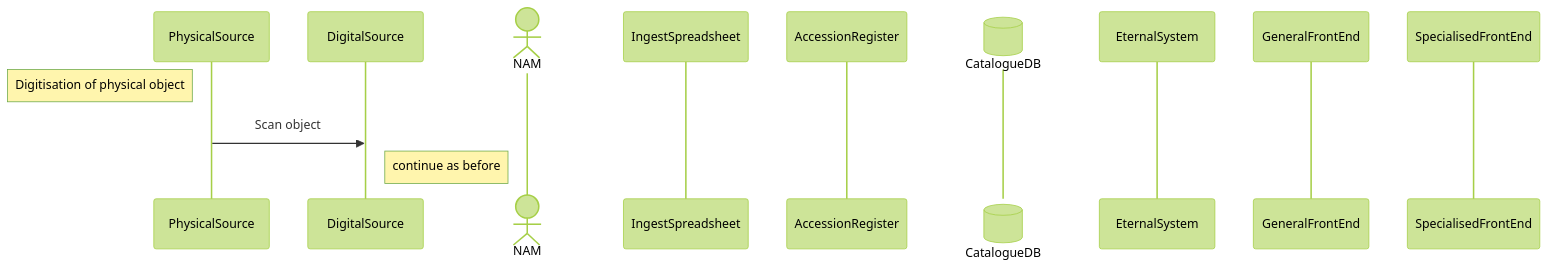
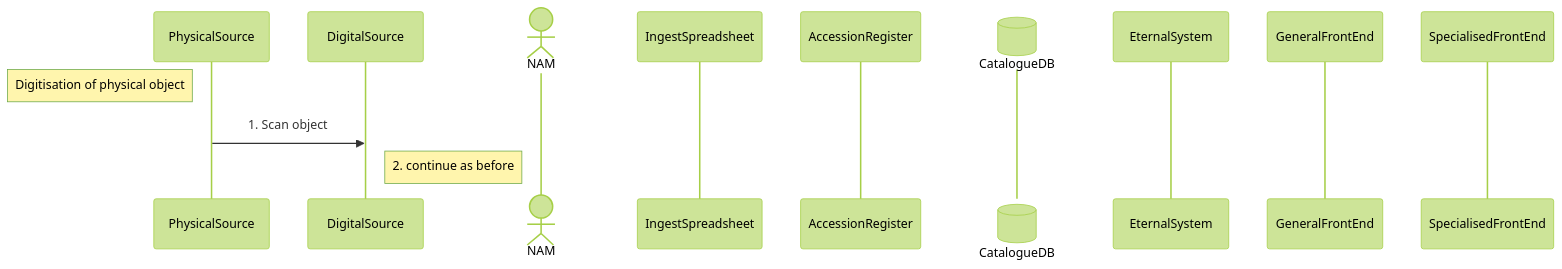
The second of 6 diagrams in README.md (dgiaretta/NAM), drawn with Mermaid (forest theme) before and after one commit. The commit also changed other lines of this file, not shown here.

First line of the commit message:
Update README with details on physical object handling

````diff
--- a/README.md
+++ b/README.md
@@ -48,15 +48,15 @@
 ```mermaid
 sequenceDiagram
 participant PhysicalSource
 participant DigitalSource
 actor NAM
 participant IngestSpreadsheet
 participant AccessionRegister
 participant CatalogueDB@{ "type": "database" }
 participant EternalSystem
 participant GeneralFrontEnd
 participant SpecialisedFrontEnd
 Note left of PhysicalSource: Digitisation of physical object
-PhysicalSource->>DigitalSource: Scan object
-Note right of DigitalSource: continue as before
+PhysicalSource->>DigitalSource: 1. Scan object
+Note right of DigitalSource: 2. continue as before
 ```
````
